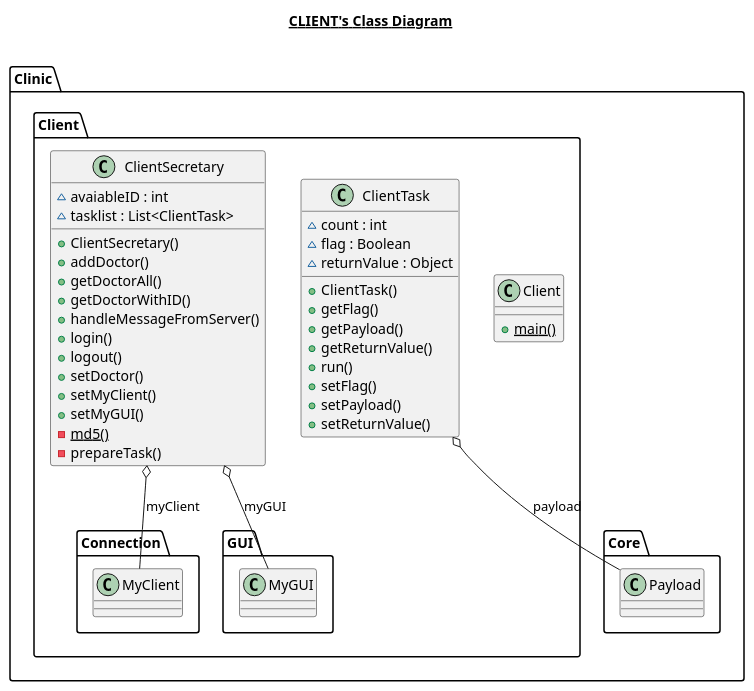
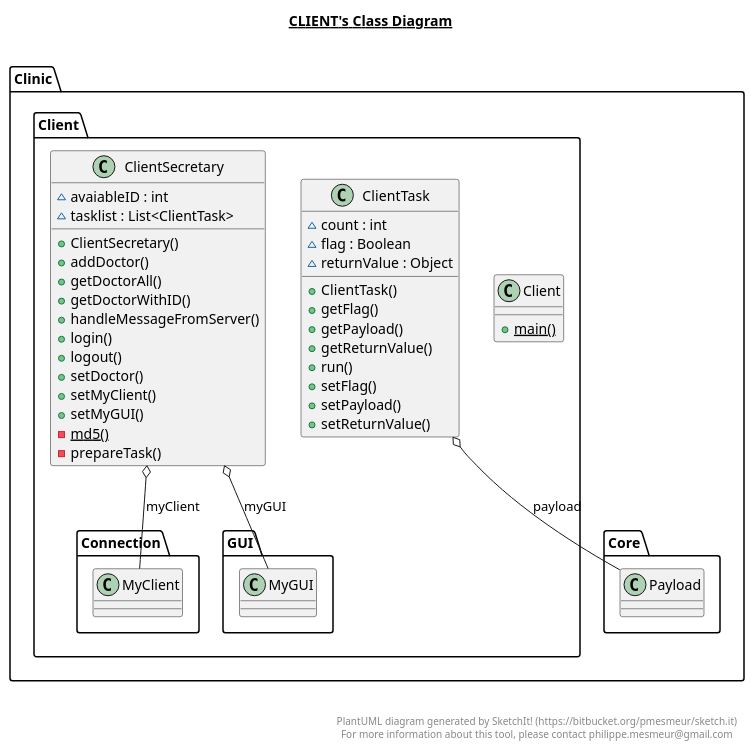
Before and after one commit to AidanJohnston/Omar: the diagram in src/Clinic/Client/Client.plantuml, drawn with PlantUML. The commit also changed 8 other files, not shown here.

Commit message:
PlantUML

```diff
--- a/src/Clinic/Client/Client.plantuml
+++ b/src/Clinic/Client/Client.plantuml
@@ -1,54 +1,61 @@
 @startuml
 
 title __CLIENT's Class Diagram__\n
 
   namespace Clinic.Client {
     class Clinic.Client.Client {
         {static} + main()
     }
   }
   
 
   namespace Clinic.Client {
     class Clinic.Client.ClientSecretary {
         ~ avaiableID : int
         ~ tasklist : List<ClientTask>
         + ClientSecretary()
         + addDoctor()
         + getDoctorAll()
         + getDoctorWithID()
         + handleMessageFromServer()
         + login()
         + logout()
         + setDoctor()
         + setMyClient()
         + setMyGUI()
         {static} - md5()
         - prepareTask()
     }
   }
   
 
   namespace Clinic.Client {
     class Clinic.Client.ClientTask {
         ~ count : int
         ~ flag : Boolean
         ~ returnValue : Object
         + ClientTask()
         + getFlag()
         + getPayload()
         + getReturnValue()
         + run()
         + setFlag()
         + setPayload()
         + setReturnValue()
     }
   }
   
 
   Clinic.Client.ClientSecretary o-- Clinic.Client.Connection.MyClient : myClient
   Clinic.Client.ClientSecretary o-- Clinic.Client.GUI.MyGUI : myGUI
   Clinic.Client.ClientTask o-- Clinic.Core.Payload : payload
 
 
+right footer
+
+
+PlantUML diagram generated by SketchIt! (https://bitbucket.org/pmesmeur/sketch.it)
+For more information about this tool, please contact philippe.mesmeur@gmail.com
+endfooter
+
 @enduml
```
